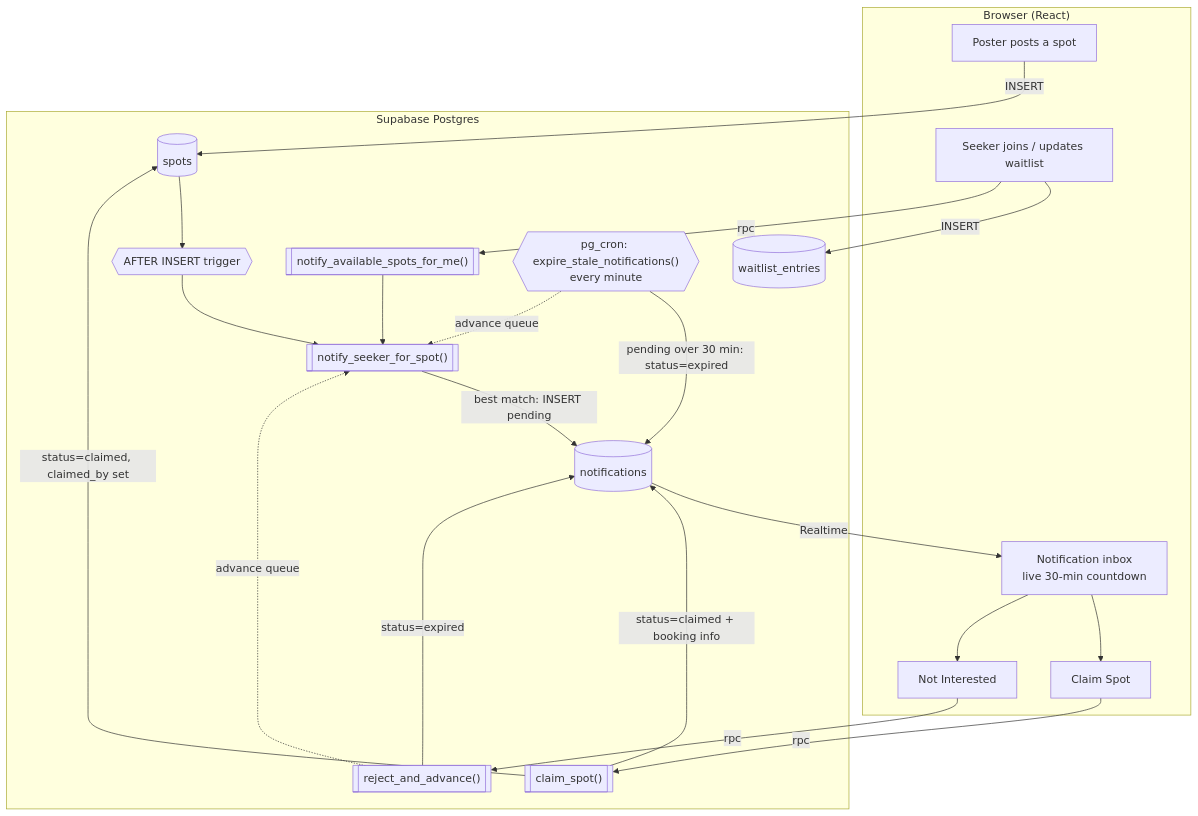
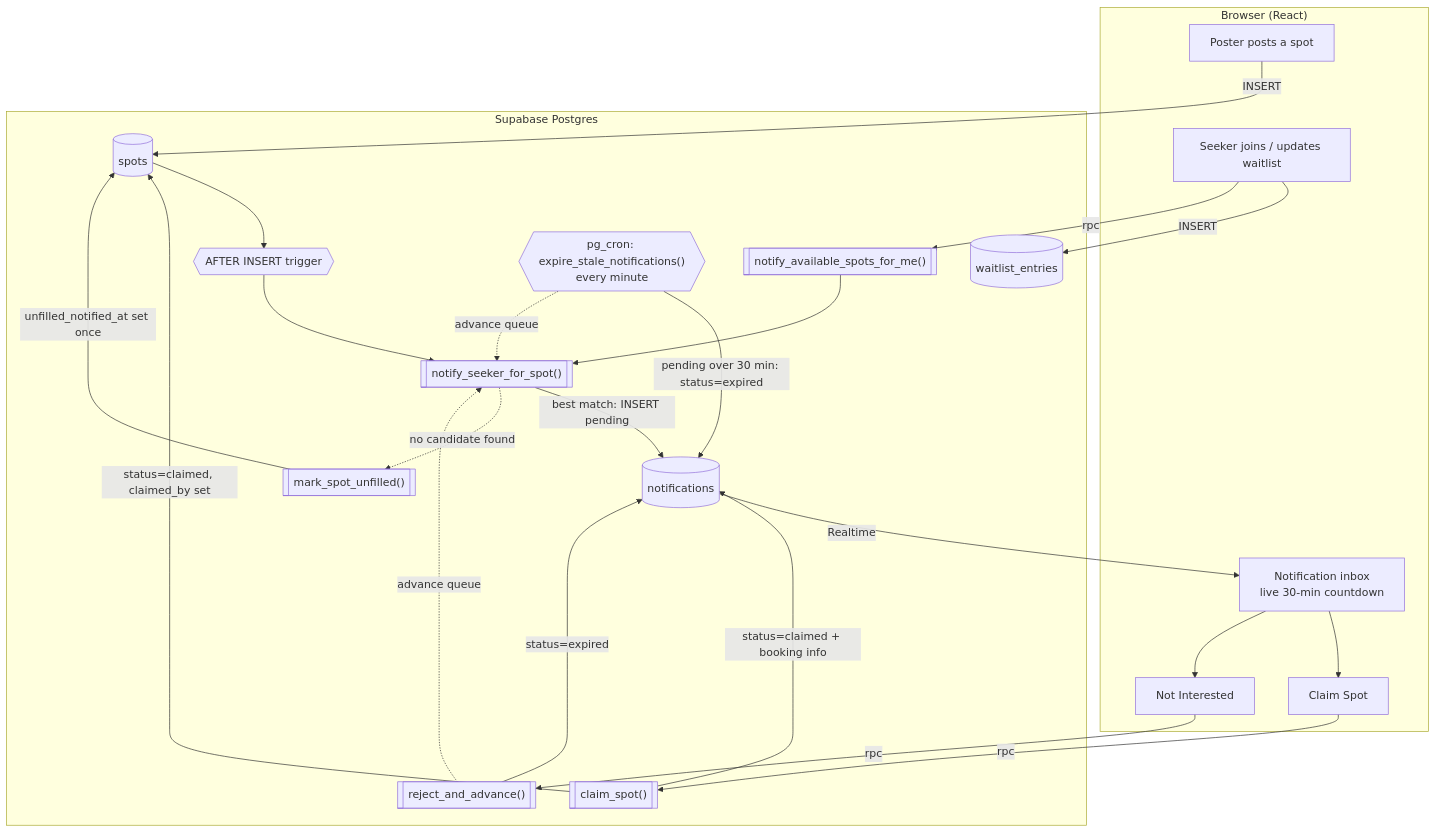
One commit to nataliaivan0v/No-Show changed the first of 6 diagrams in README.md. Above: the diagram before and after it, drawn with Mermaid. The commit also changed other lines of this file and 4 other files, not shown here.

````diff
--- a/README.md
+++ b/README.md
@@ -185,39 +190,42 @@
 ```mermaid
 flowchart TD
     subgraph Client["Browser (React)"]
         P[Poster posts a spot]
         SJ[Seeker joins / updates waitlist]
         INBOX[Notification inbox<br/>live 30-min countdown]
         CLAIM[Claim Spot]
         REJECT[Not Interested]
     end
 
     subgraph DB["Supabase Postgres"]
         SP[(spots)]
         WL[(waitlist_entries)]
         NT[(notifications)]
         M[["notify_seeker_for_spot()"]]
         TRG{{"AFTER INSERT trigger"}}
         AVAIL[["notify_available_spots_for_me()"]]
         CS[["claim_spot()"]]
         RA[["reject_and_advance()"]]
         CRON{{"pg_cron: expire_stale_notifications()<br/>every minute"}}
+        MU[["mark_spot_unfilled()"]]
     end
 
     P -->|INSERT| SP
     SP --> TRG --> M
     SJ -->|INSERT| WL
     SJ -->|rpc| AVAIL --> M
     M -->|best match: INSERT pending| NT
     NT -->|Realtime| INBOX
     INBOX --> CLAIM
     INBOX --> REJECT
     CLAIM -->|rpc| CS
     CS -->|status=claimed, claimed_by set| SP
     CS -->|status=claimed + booking info| NT
     REJECT -->|rpc| RA
     RA -->|status=expired| NT
     RA -.->|advance queue| M
     CRON -->|pending over 30 min: status=expired| NT
     CRON -.->|advance queue| M
+    M -.->|no candidate found| MU
+    MU -->|unfilled_notified_at set once| SP
 ```
````
